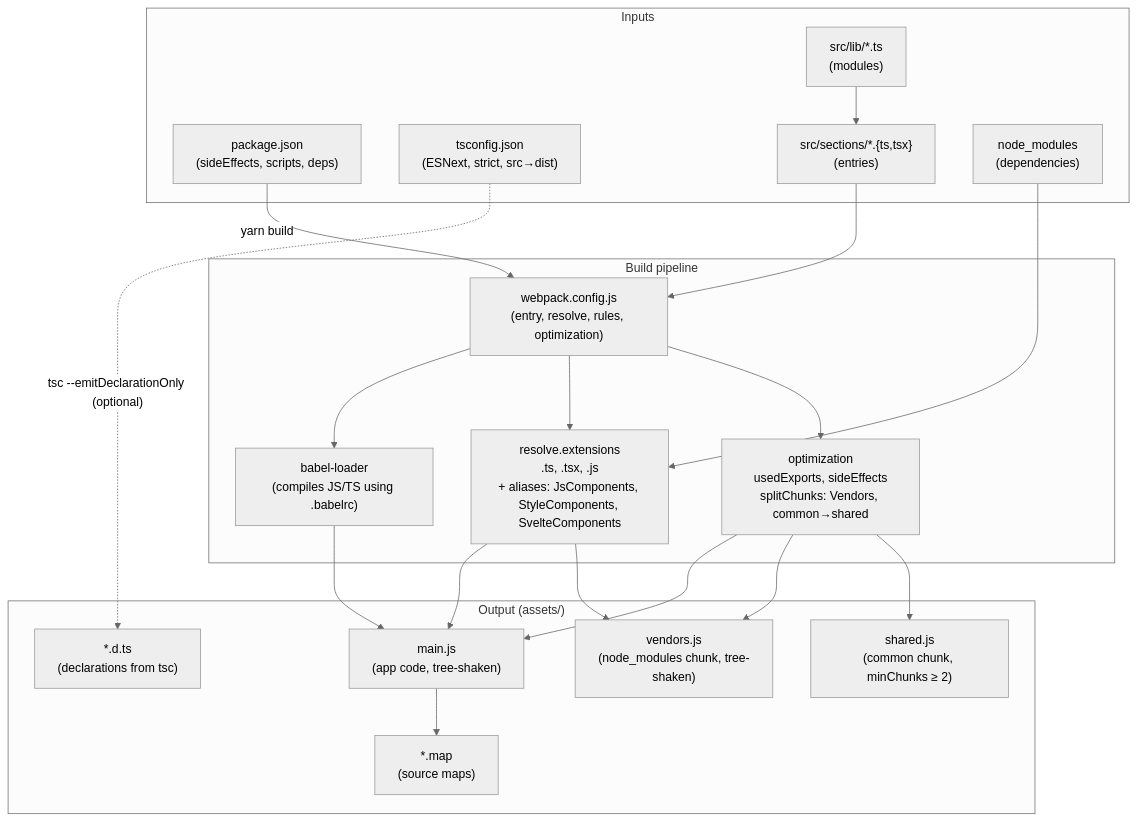
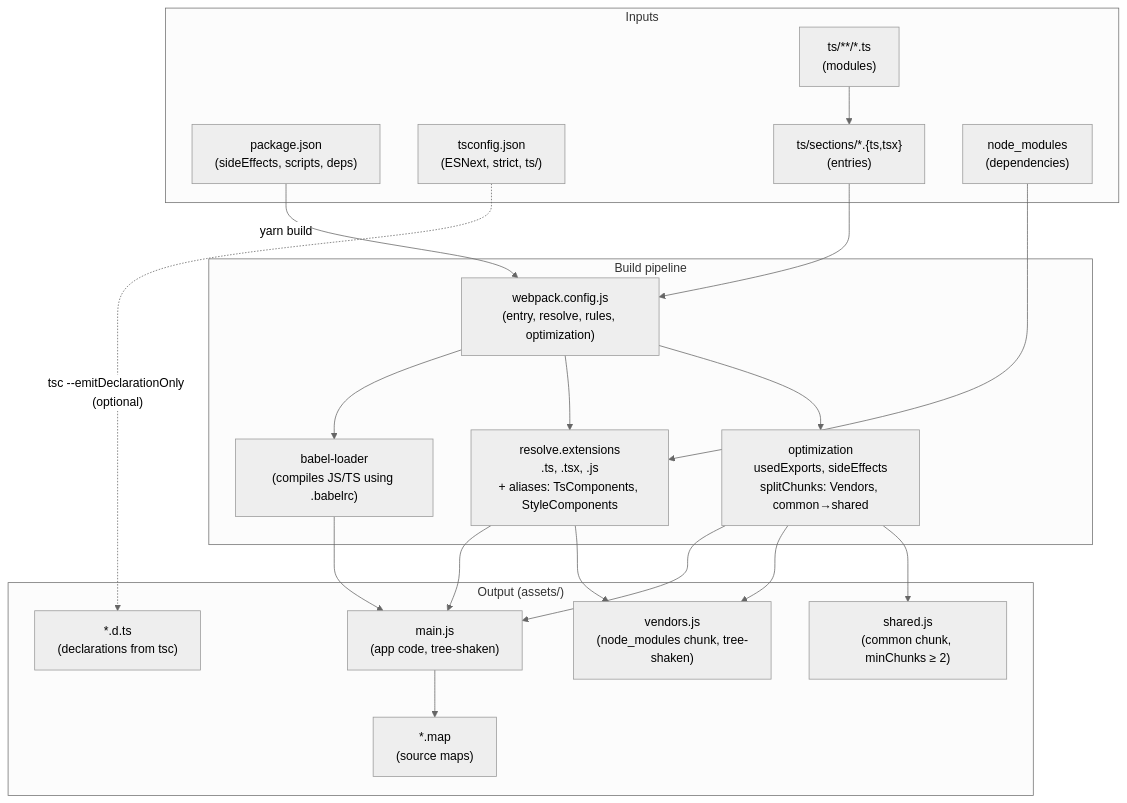
Before and after one commit to meenal-sr/DawnThemePrac: the first of 4 diagrams in ARCHITECTURE.md, drawn with Mermaid (neutral theme). The commit also changed other lines of this file and 1 other file, not shown here.

````diff
--- a/ARCHITECTURE.md
+++ b/ARCHITECTURE.md
@@ -54,42 +57,42 @@
 ```mermaid
 flowchart TB
   subgraph inputs["Inputs"]
     PKG["package.json\n(sideEffects, scripts, deps)"]
-    TSC["tsconfig.json\n(ESNext, strict, src→dist)"]
-    ENTRY["src/sections/*.{ts,tsx}\n(entries)"]
-    LIBS["src/lib/*.ts\n(modules)"]
+    TSC["tsconfig.json\n(ESNext, strict, ts/)"]
+    ENTRY["ts/sections/*.{ts,tsx}\n(entries)"]
+    LIBS["ts/**/*.ts\n(modules)"]
     NODE["node_modules\n(dependencies)"]
   end
 
   subgraph build["Build pipeline"]
     WP["webpack.config.js\n(entry, resolve, rules, optimization)"]
     BABEL["babel-loader\n(compiles JS/TS using .babelrc)"]
-    RESOLVE["resolve.extensions\n.ts, .tsx, .js\n+ aliases: JsComponents, StyleComponents, SvelteComponents"]
+    RESOLVE["resolve.extensions\n.ts, .tsx, .js\n+ aliases: TsComponents, StyleComponents"]
     OPT["optimization\nusedExports, sideEffects\nsplitChunks: Vendors, common→shared"]
   end
 
   subgraph output["Output (assets/)"]
     MAIN["main.js\n(app code, tree-shaken)"]
     VENDORS["vendors.js\n(node_modules chunk, tree-shaken)"]
     SHARED["shared.js\n(common chunk, minChunks ≥ 2)"]
     MAP["*.map\n(source maps)"]
     DECL["*.d.ts\n(declarations from tsc)"]
   end
 
   PKG -->|"yarn build"| WP
   ENTRY --> WP
   LIBS --> ENTRY
   NODE --> RESOLVE
 
   WP --> BABEL
   WP --> RESOLVE
   WP --> OPT
   BABEL --> MAIN
   OPT --> MAIN
   OPT --> VENDORS
   OPT --> SHARED
   RESOLVE --> MAIN
   RESOLVE --> VENDORS
   MAIN --> MAP
   TSC -.->|"tsc --emitDeclarationOnly (optional)"| DECL
 ```
````
